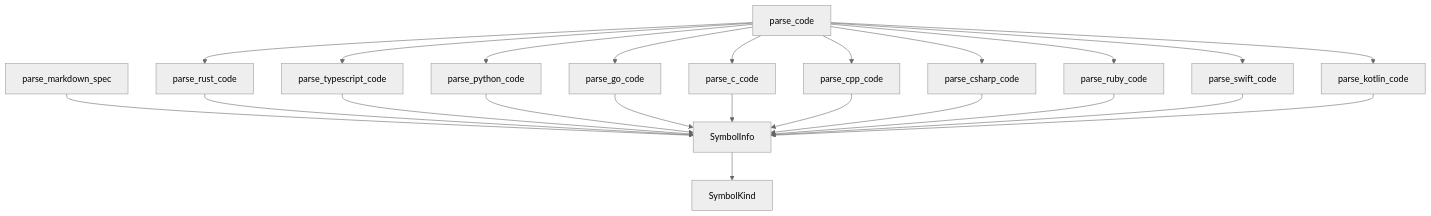
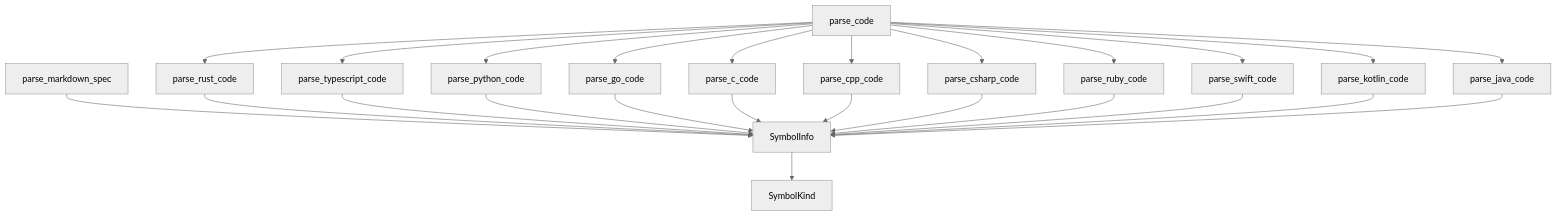
Before and after one commit to DovahkiinYuzuko/DocsAuditor: the diagram in docs/variables'n'functions/[Rust]parser.md, drawn with Mermaid (neutral theme). The commit also changed other lines of this file and 8 other files, not shown here.

````diff
--- a/docs/variables'n'functions/[Rust]parser.md
+++ b/docs/variables'n'functions/[Rust]parser.md
@@ -129,25 +137,27 @@
 ```mermaid
 graph TD
     parse_markdown_spec --> SymbolInfo
     parse_code --> parse_rust_code
     parse_code --> parse_typescript_code
     parse_code --> parse_python_code
     parse_code --> parse_go_code
     parse_code --> parse_c_code
     parse_code --> parse_cpp_code
     parse_code --> parse_csharp_code
     parse_code --> parse_ruby_code
     parse_code --> parse_swift_code
     parse_code --> parse_kotlin_code
+    parse_code --> parse_java_code
     parse_rust_code --> SymbolInfo
     parse_typescript_code --> SymbolInfo
     parse_python_code --> SymbolInfo
     parse_go_code --> SymbolInfo
     parse_c_code --> SymbolInfo
     parse_cpp_code --> SymbolInfo
     parse_csharp_code --> SymbolInfo
     parse_ruby_code --> SymbolInfo
     parse_swift_code --> SymbolInfo
     parse_kotlin_code --> SymbolInfo
+    parse_java_code --> SymbolInfo
     SymbolInfo --> SymbolKind
 ```
````
